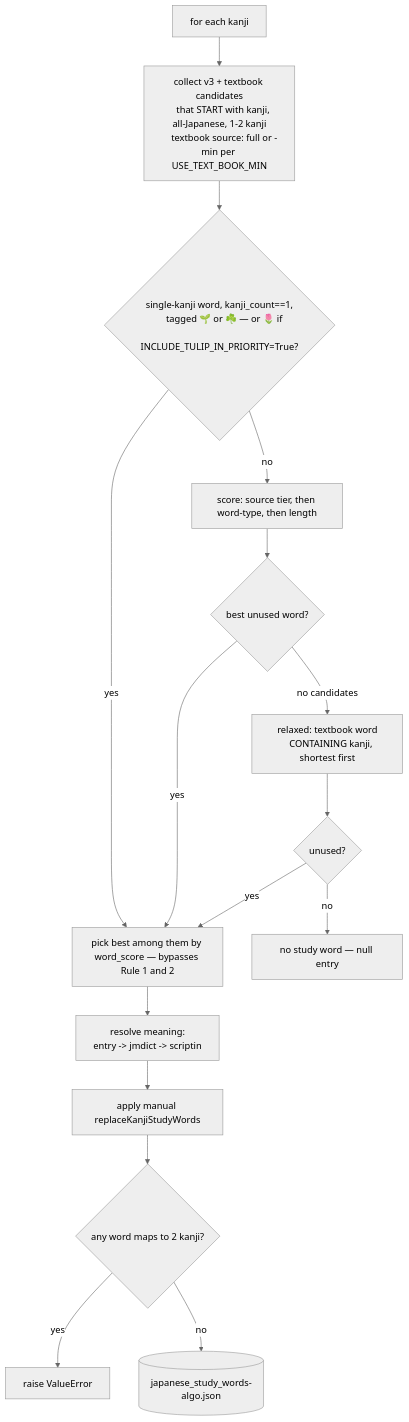
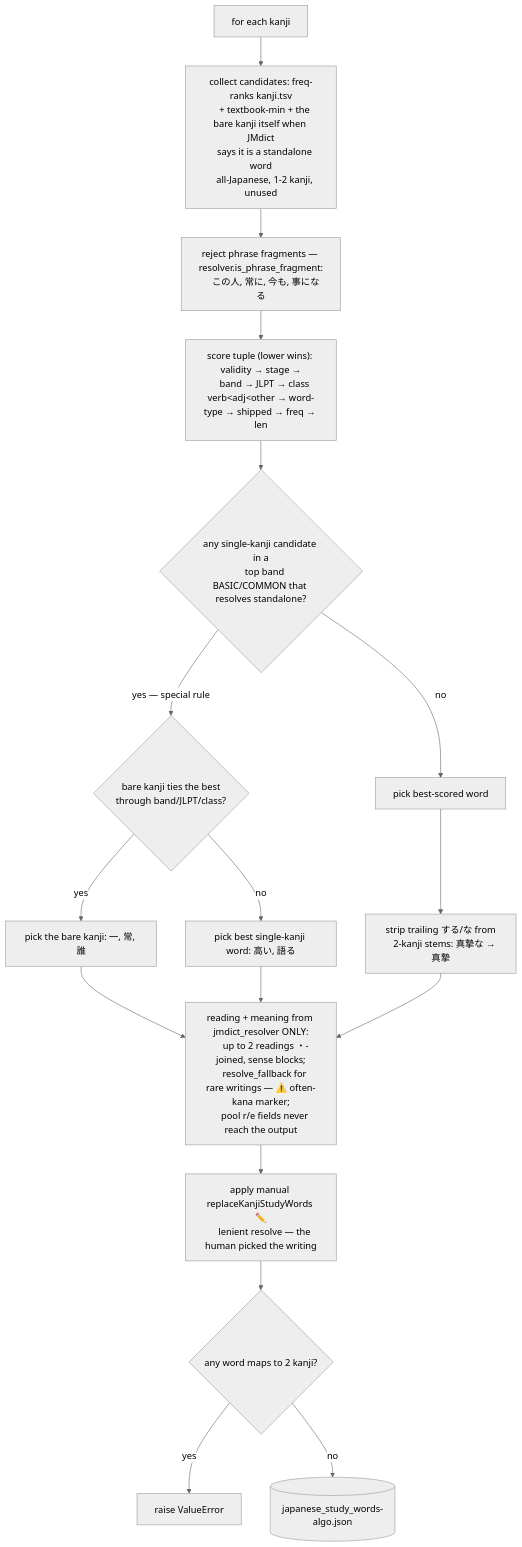
The fourth of 7 diagrams in notes/flowchart.md (PikaPikaGems/kanji-heatmap-data), drawn with Mermaid (neutral theme) before and after one commit. The commit also changed other lines of this file, not shown here.

Commit message:
Update flowchart.md to the post-redesign pipeline
The dependency graph and per-kanji flow still described the v3c word pool,
USE_TEXT_BOOK_MIN/INCLUDE_TULIP_IN_PRIORITY (both long gone) and the old
meaning-resolution chain. Now shows: freq-ranks TSVs as the word pool for
both algorithms, textbook-min as the single textbook source, jmdict_resolver
(+ overrides/resolver_hints.json) as the sole reading/meaning source,
phrase-fragment rejection, the bare-kanji tie rule, and ✏️ pins.

````diff
--- a/notes/flowchart.md
+++ b/notes/flowchart.md
@@ -183,24 +189,31 @@
 ```mermaid
 flowchart TD
-    K[for each kanji] --> C[collect v3 + textbook candidates
-    that START with kanji, all-Japanese, 1-2 kanji
-    textbook source: full or -min per USE_TEXT_BOOK_MIN]
-    C --> SR{single-kanji word, kanji_count==1,
-    tagged 🌱 or ☘️ — or 🌷 if
-    INCLUDE_TULIP_IN_PRIORITY=True?}
-    SR -- yes --> PICK[pick best among them by word_score — bypasses Rule 1 and 2]
-    SR -- no --> SC[score: source tier, then word-type, then length]
-    SC --> U{best unused word?}
-    U -- yes --> PICK
-    U -- no candidates --> FB[relaxed: textbook word
-    CONTAINING kanji, shortest first]
-    FB --> U2{unused?}
-    U2 -- yes --> PICK
-    U2 -- no --> NONE[no study word — null entry]
-    PICK --> MEAN[resolve meaning:
-    entry -> jmdict -> scriptin]
-    MEAN --> MAN[apply manual replaceKanjiStudyWords]
+    K[for each kanji] --> C[collect candidates: freq-ranks kanji.tsv
+    + textbook-min + the bare kanji itself when JMdict
+    says it is a standalone word
+    all-Japanese, 1-2 kanji, unused]
+    C --> F[reject phrase fragments — resolver.is_phrase_fragment:
+    この人, 常に, 今も, 事になる]
+    F --> SC["score tuple (lower wins): validity → stage →
+    band → JLPT → class verb&lt;adj&lt;other → word-type → shipped → freq → len"]
+    SC --> SR{any single-kanji candidate in a
+    top band BASIC/COMMON that resolves standalone?}
+    SR -- "yes — special rule" --> BT{bare kanji ties the best
+    through band/JLPT/class?}
+    BT -- yes --> PICKBARE[pick the bare kanji: 一, 常, 誰]
+    BT -- no --> PICKONE[pick best single-kanji word: 高い, 語る]
+    SR -- no --> PICK[pick best-scored word]
+    PICK --> STRIP[strip trailing する/な from
+    2-kanji stems: 真摯な → 真摯]
+    PICKBARE --> RES
+    PICKONE --> RES
+    STRIP --> RES[reading + meaning from jmdict_resolver ONLY:
+    up to 2 readings ・-joined, sense blocks;
+    resolve_fallback for rare writings — ⚠️ often-kana marker;
+    pool r/e fields never reach the output]
+    RES --> MAN[apply manual replaceKanjiStudyWords ✏️
+    lenient resolve — the human picked the writing]
     MAN --> DUP{any word maps to 2 kanji?}
     DUP -- yes --> ERR[raise ValueError]
     DUP -- no --> OUT[(japanese_study_words-algo.json)]
 ```
````
